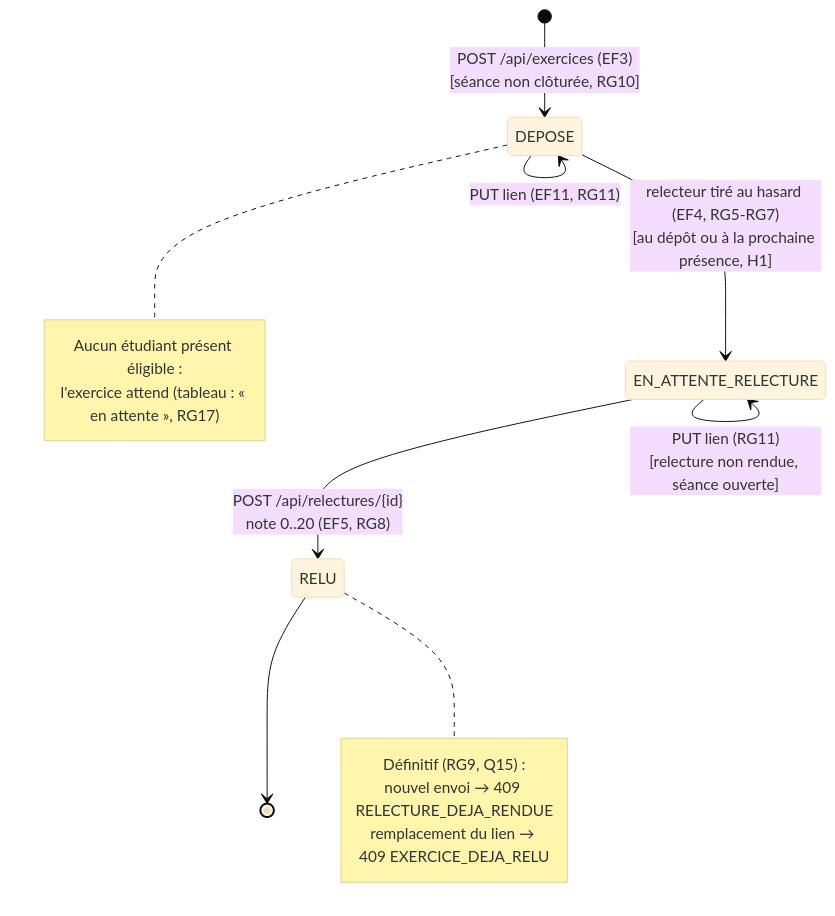
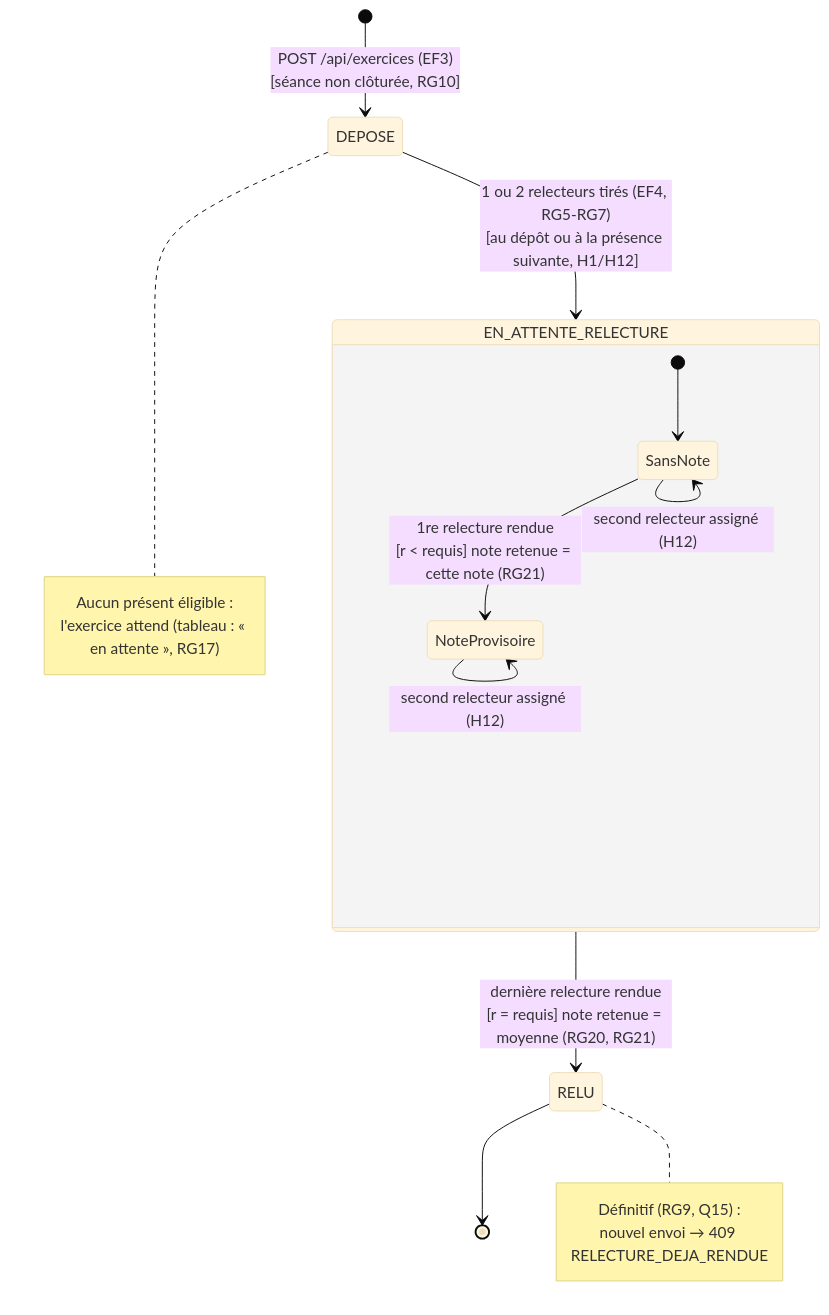
One commit to Pacome-gif/kfokam48-epreuve-238 changed the diagram in docs/diagrammes/D4-etats-exercice.md. Above: the diagram before and after it, drawn with Mermaid (base theme). The commit also changed other lines of this file and 4 other files, not shown here.

````diff
--- a/docs/diagrammes/D4-etats-exercice.md
+++ b/docs/diagrammes/D4-etats-exercice.md
@@ -5,22 +7,26 @@
 ```mermaid
 stateDiagram-v2
     [*] --> DEPOSE : POST /api/exercices (EF3)<br/>[séance non clôturée, RG10]
 
-    DEPOSE --> EN_ATTENTE_RELECTURE : relecteur tiré au hasard (EF4, RG5-RG7)<br/>[au dépôt ou à la prochaine présence, H1]
-    DEPOSE --> DEPOSE : PUT lien (EF11, RG11)
+    DEPOSE --> EN_ATTENTE_RELECTURE : 1 ou 2 relecteurs tirés (EF4, RG5-RG7)<br/>[au dépôt ou à la présence suivante, H1/H12]
 
-    EN_ATTENTE_RELECTURE --> EN_ATTENTE_RELECTURE : PUT lien (RG11)<br/>[relecture non rendue, séance ouverte]
-    EN_ATTENTE_RELECTURE --> RELU : POST /api/relectures/{id}<br/>note 0..20 (EF5, RG8)
+    state EN_ATTENTE_RELECTURE {
+        [*] --> SansNote
+        SansNote --> NoteProvisoire : 1re relecture rendue<br/>[r < requis] note retenue = cette note (RG21)
+        NoteProvisoire --> NoteProvisoire : second relecteur assigné (H12)
+        SansNote --> SansNote : second relecteur assigné (H12)
+    }
+
+    EN_ATTENTE_RELECTURE --> RELU : dernière relecture rendue<br/>[r = requis] note retenue = moyenne (RG20, RG21)
 
     RELU --> [*]
 
     note right of DEPOSE
-        Aucun étudiant présent éligible :
+        Aucun présent éligible :
         l'exercice attend (tableau : « en attente », RG17)
     end note
     note right of RELU
         Définitif (RG9, Q15) :
         nouvel envoi → 409 RELECTURE_DEJA_RENDUE
-        remplacement du lien → 409 EXERCICE_DEJA_RELU
     end note
 ```
````
